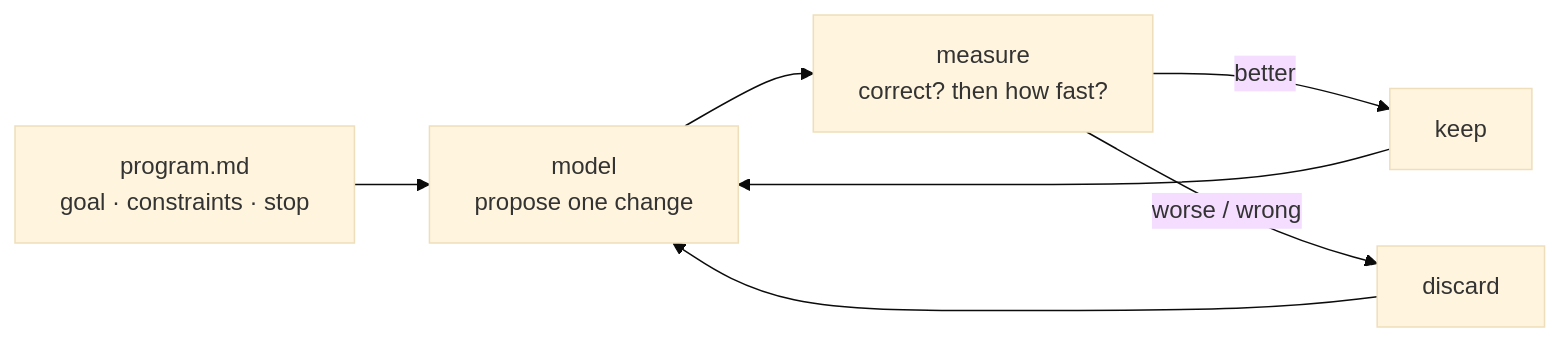
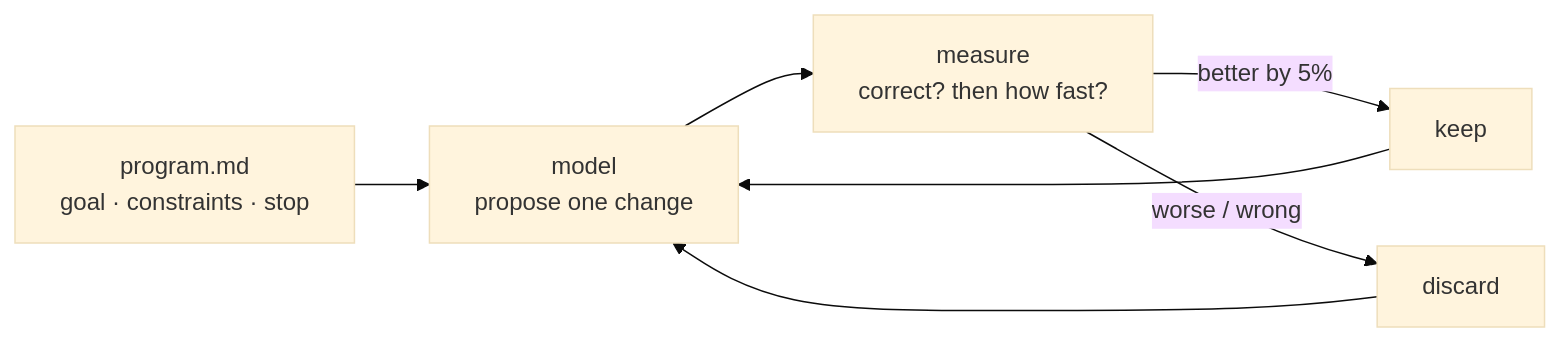
The diagram in agt_autoresearch/README.md (WeerayutBu/learning-llm-components), drawn with Mermaid (base theme) before and after one commit. The commit also changed other lines of this file and 5 other files, not shown here.

````diff
--- a/agt_autoresearch/README.md
+++ b/agt_autoresearch/README.md
@@ -13,7 +13,7 @@
 ```mermaid
 flowchart LR
     P["program.md<br/>goal · constraints · stop"] --> M["model<br/>propose one change"]
     M --> V["measure<br/>correct? then how fast?"]
-    V -->|"better"| K["keep"] --> M
+    V -->|"better by 5%"| K["keep"] --> M
     V -->|"worse / wrong"| D["discard"] --> M
 ```
````
